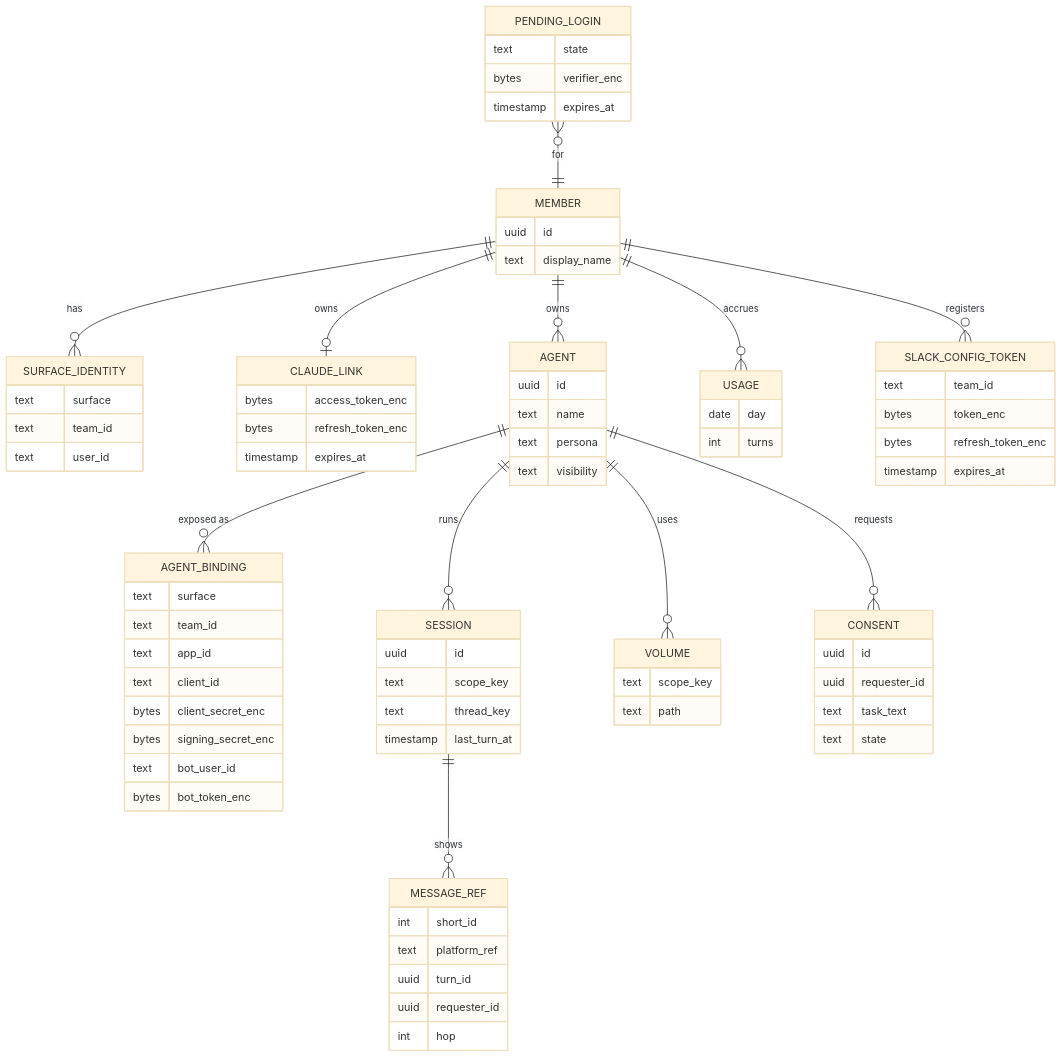
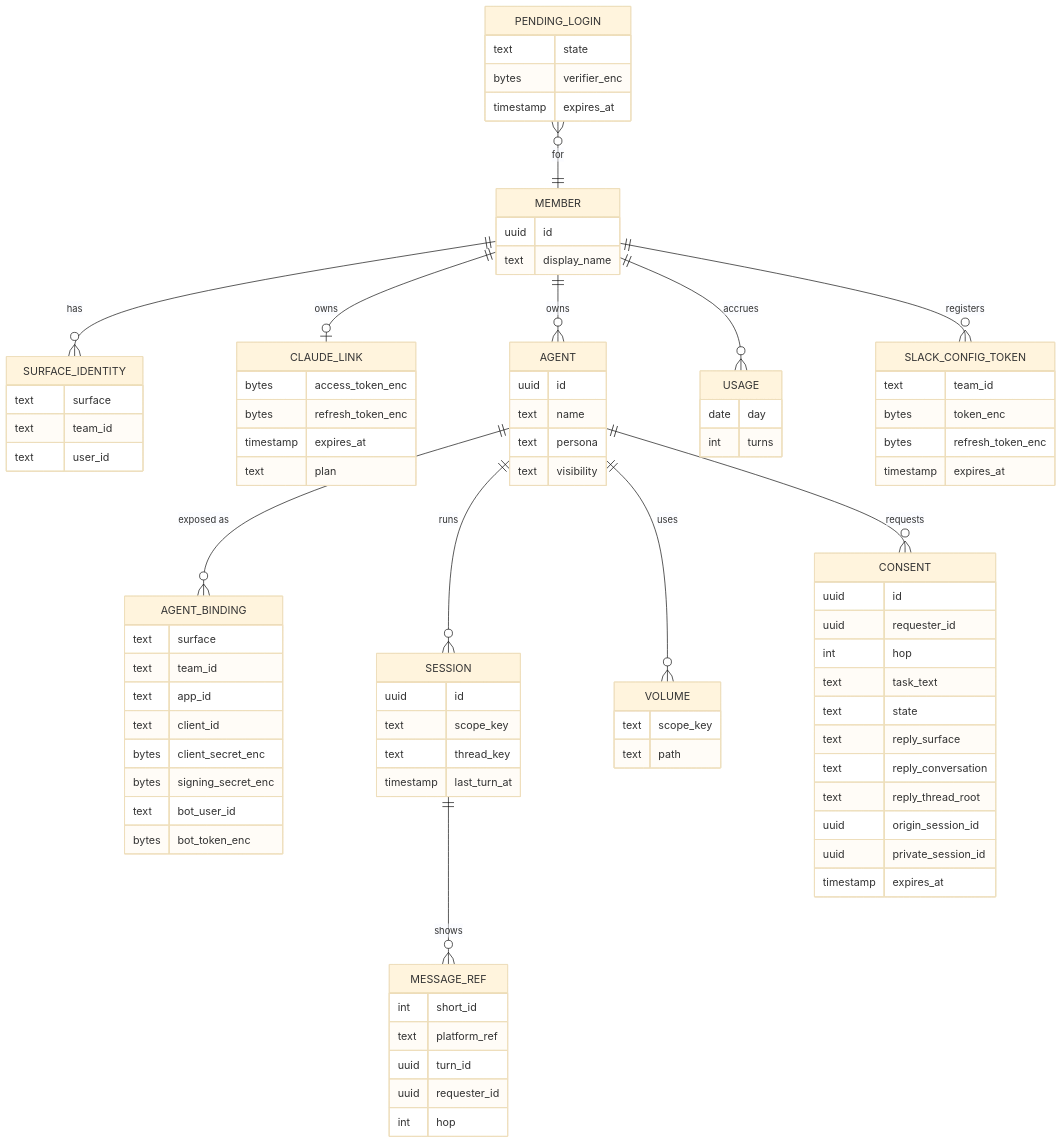
The seventh of 7 diagrams in docs/design.md (agentsky/agent-core), drawn with Mermaid (base theme) before and after one commit. The commit also changed other lines of this file, not shown here.

First line of the commit message:
Make private tasks asynchronous and tighten agent-to-agent gating

```diff
--- a/docs/design.md
+++ b/docs/design.md
@@ -563,6 +586,7 @@
         bytes access_token_enc
         bytes refresh_token_enc
         timestamp expires_at
+        text plan
     }
     AGENT {
         uuid id
@@ -602,8 +626,15 @@
     CONSENT {
         uuid id
         uuid requester_id
+        int hop
         text task_text
         text state
+        text reply_surface
+        text reply_conversation
+        text reply_thread_root
+        uuid origin_session_id
+        uuid private_session_id
+        timestamp expires_at
     }
     VOLUME {
         text scope_key
```
